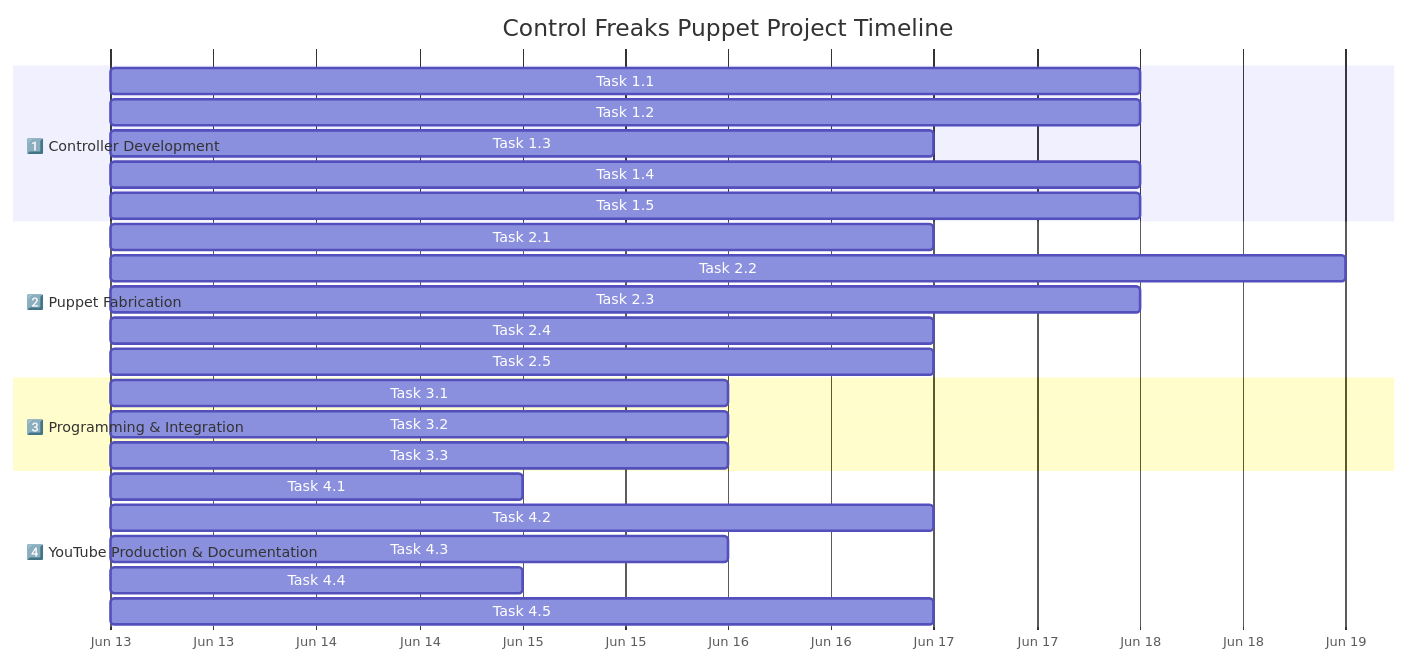
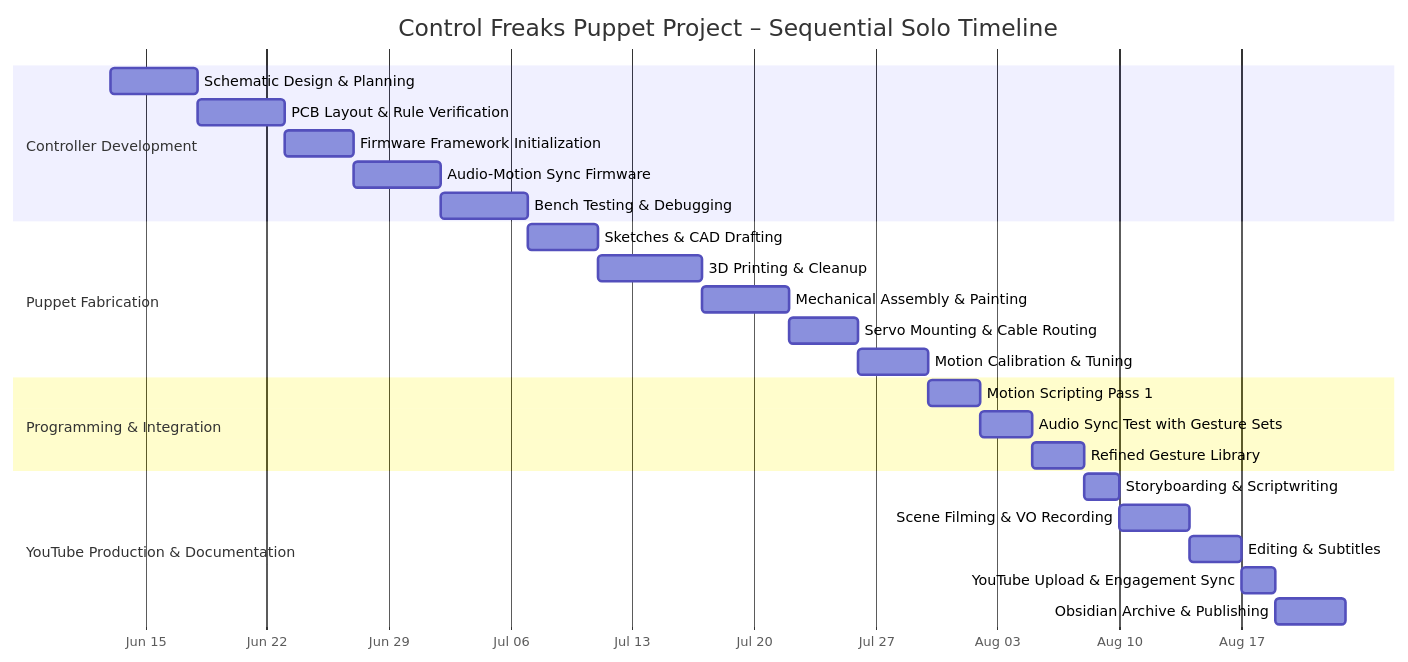
One commit to mrthomware/1.Projects changed the diagram in Control_Freaks-Puppet-Project/02.Areas/How to Setup the Project Guidlines/01.Project Overview/Mermaid Gannt Chart.md. Above: the diagram before and after it, drawn with Mermaid.

Commit message:
Update Mermaid Gannt Chart.md

````diff
--- a/Control_Freaks-Puppet-Project/02.Areas/How to Setup the Project Guidlines/01.Project Overview/Mermaid Gannt Chart.md
+++ b/Control_Freaks-Puppet-Project/02.Areas/How to Setup the Project Guidlines/01.Project Overview/Mermaid Gannt Chart.md
@@ -1,32 +1,33 @@
 ```mermaid
 gantt
-    title Control Freaks Puppet Project Timeline
+    title Control Freaks Puppet Project – Sequential Solo Timeline
     dateFormat  YYYY-MM-DD
     axisFormat  %b %d
 
-    section 1️⃣ Controller Development
-    Task 1.1: Schematic Design & Planning        :t01, 2025-06-13, 5d
-    Task 1.2: PCB Layout & Rule Verification     :t02, after t01, 5d
-    Task 1.3: Firmware Framework Initialization  :t03, after t02, 4d
-    Task 1.4: Audio-Motion Sync Firmware         :t04, after t03, 5d
-    Task 1.5: Bench Testing & Debugging          :t05, after t04, 5d
+    section Controller Development
+    Schematic Design & Planning             :t01, 2025-06-13, 5d
+    PCB Layout & Rule Verification          :t02, after t01, 5d
+    Firmware Framework Initialization       :t03, after t02, 4d
+    Audio-Motion Sync Firmware              :t04, after t03, 5d
+    Bench Testing & Debugging               :t05, after t04, 5d
 
-    section 2️⃣ Puppet Fabrication
-    Task 2.1: Sketches & CAD Drafting            :t06, after t05, 4d
-    Task 2.2: 3D Printing & Cleanup              :t07, after t06, 6d
-    Task 2.3: Mechanical Assembly & Painting     :t08, after t07, 5d
-    Task 2.4: Servo Mounting & Cable Routing     :t09, after t08, 4d
-    Task 2.5: Motion Calibration & Tuning        :t10, after t09, 4d
+    section Puppet Fabrication
+    Sketches & CAD Drafting                 :t06, after t05, 4d
+    3D Printing & Cleanup                   :t07, after t06, 6d
+    Mechanical Assembly & Painting          :t08, after t07, 5d
+    Servo Mounting & Cable Routing          :t09, after t08, 4d
+    Motion Calibration & Tuning             :t10, after t09, 4d
 
-    section 3️⃣ Programming & Integration
-    Task 3.1: Motion Scripting Pass 1            :t11, after t10, 3d
-    Task 3.2: Audio Sync Test with Gesture Sets  :t12, after t11, 3d
-    Task 3.3: Refined Gesture Library            :t13, after t12, 3d
+    section Programming & Integration
+    Motion Scripting Pass 1                 :t11, after t10, 3d
+    Audio Sync Test with Gesture Sets       :t12, after t11, 3d
+    Refined Gesture Library                 :t13, after t12, 3d
 
-    section 4️⃣ YouTube Production & Documentation
-    Task 4.1: Storyboarding & Scriptwriting      :t14, after t13, 2d
-    Task 4.2: Scene Filming & VO Recording       :t15, after t14, 4d
-    Task 4.3: Editing & Subtitles                :t16, after t15, 3d
-    Task 4.4: YouTube Upload & Engagement Sync   :t17, after t16, 2d
-    Task 4.5: Obsidian Archive & Publishing      :t18, after t17, 4d
+    section YouTube Production & Documentation
+    Storyboarding & Scriptwriting           :t14, after t13, 2d
+    Scene Filming & VO Recording            :t15, after t14, 4d
+    Editing & Subtitles                     :t16, after t15, 3d
+    YouTube Upload & Engagement Sync        :t17, after t16, 2d
+    Obsidian Archive & Publishing           :t18, after t17, 4d
+
 ```
````
